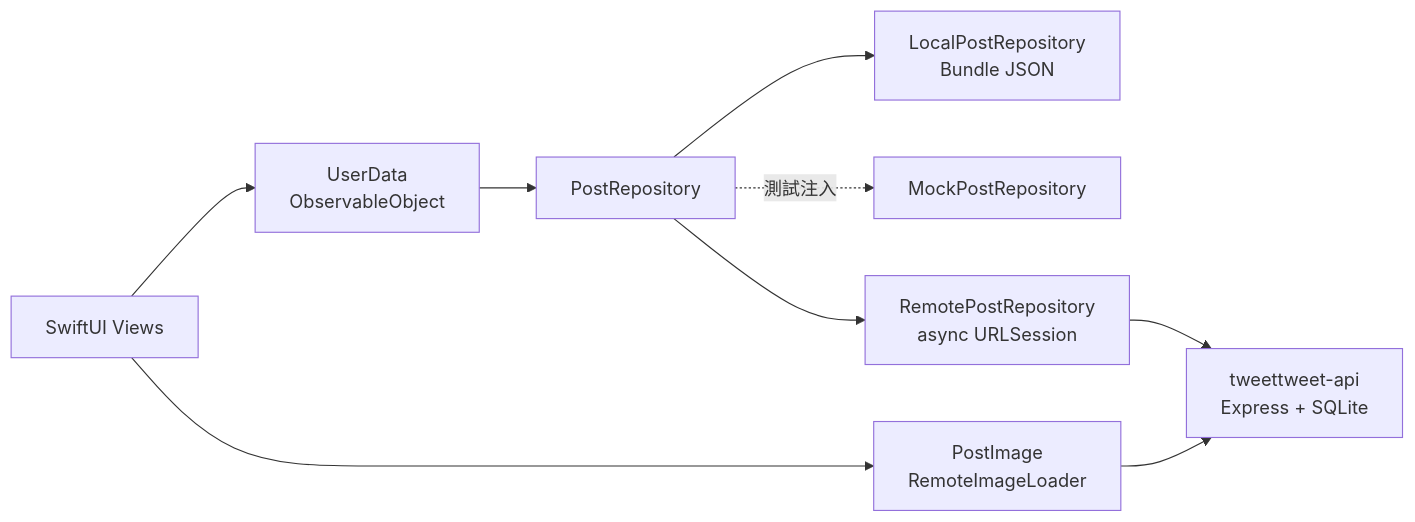
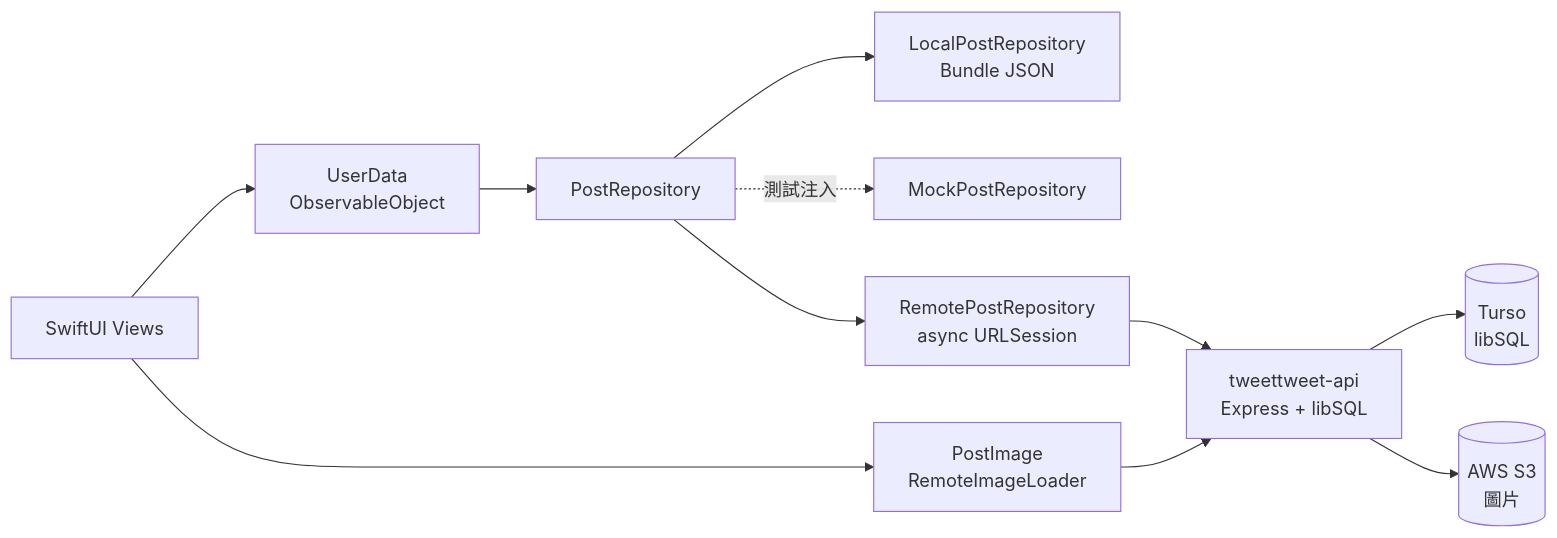
Before and after one commit to cowton0627/tweetTweet: the diagram in README.md, drawn with Mermaid. The commit also changed other lines of this file and 4 other files, not shown here.

````diff
--- a/README.md
+++ b/README.md
@@ -51,11 +59,13 @@
 ```mermaid
 flowchart LR
     View["SwiftUI Views"] --> State["UserData<br/>ObservableObject"]
     State --> Contract["PostRepository"]
     Contract --> Local["LocalPostRepository<br/>Bundle JSON"]
     Contract -. 測試注入 .-> Mock["MockPostRepository"]
     Contract --> Remote["RemotePostRepository<br/>async URLSession"]
-    Remote --> API["tweettweet-api<br/>Express + SQLite"]
+    Remote --> API["tweettweet-api<br/>Express + libSQL"]
     View --> Images["PostImage<br/>RemoteImageLoader"]
     Images --> API
+    API --> Turso[("Turso<br/>libSQL")]
+    API --> S3[("AWS S3<br/>圖片")]
 ```
````
